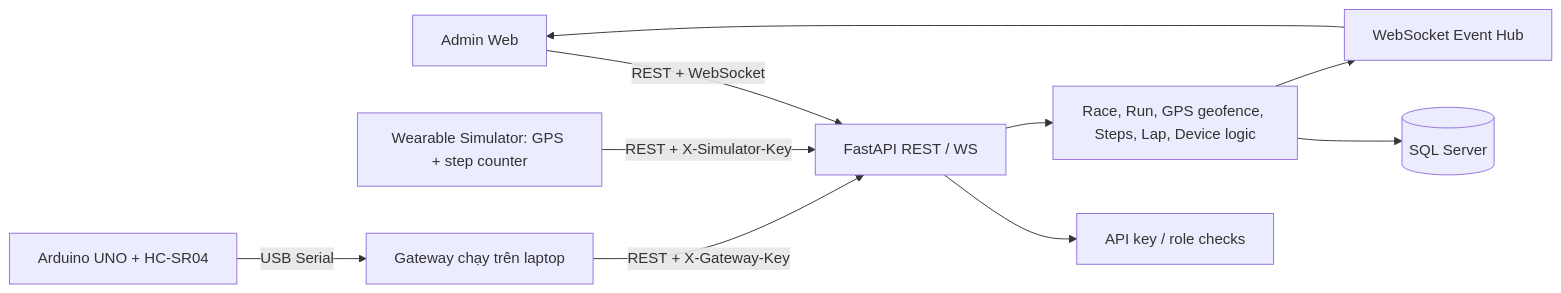
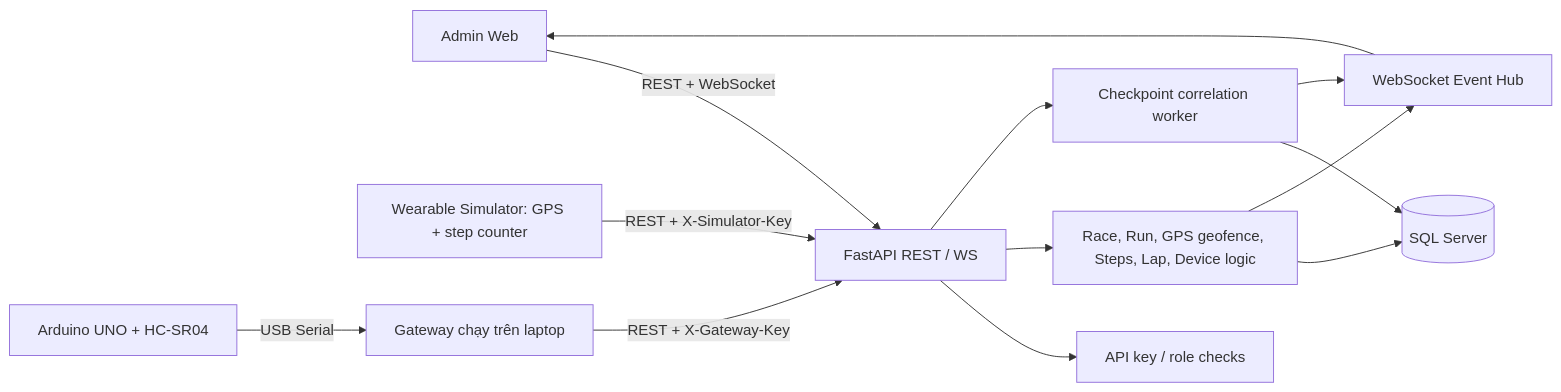
The third of 16 diagrams in docs/UML_DIAGRAMS.md (Dunnguyn/Smart_Running_Checkpoint_IoT), drawn with Mermaid before and after one commit. The commit also changed other lines of this file and 6 other files, not shown here.

````diff
--- a/docs/UML_DIAGRAMS.md
+++ b/docs/UML_DIAGRAMS.md
@@ -71,12 +84,15 @@
 ```mermaid
 flowchart LR
   FE[Admin Web] -->|REST + WebSocket| API[FastAPI REST / WS]
   SIM[Wearable Simulator: GPS + step counter] -->|REST + X-Simulator-Key| API
   UNO[Arduino UNO + HC-SR04] -->|USB Serial| GW[Gateway chạy trên laptop]
   GW -->|REST + X-Gateway-Key| API
   API --> AUTH[API key / role checks]
   API --> DOMAIN[Race, Run, GPS geofence, Steps, Lap, Device logic]
+  API --> MATCH[Checkpoint correlation worker]
   DOMAIN --> DB[(SQL Server)]
-  DOMAIN --> HUB[WebSocket Event Hub]
+  MATCH --> DB
+  MATCH --> HUB[WebSocket Event Hub]
+  DOMAIN --> HUB
   HUB --> FE
 ```
````
